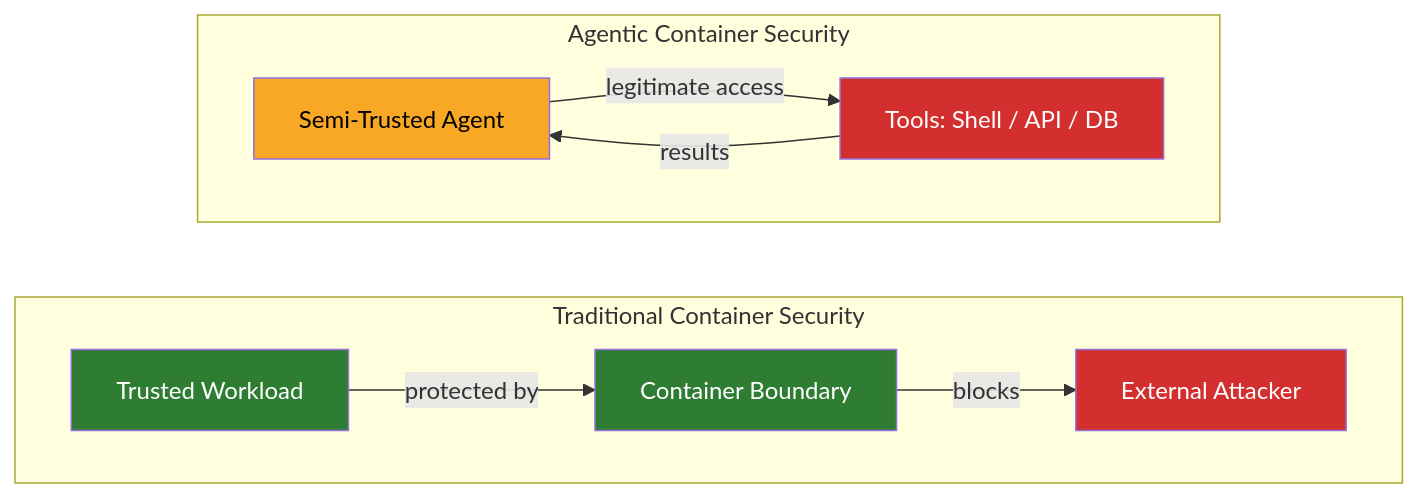
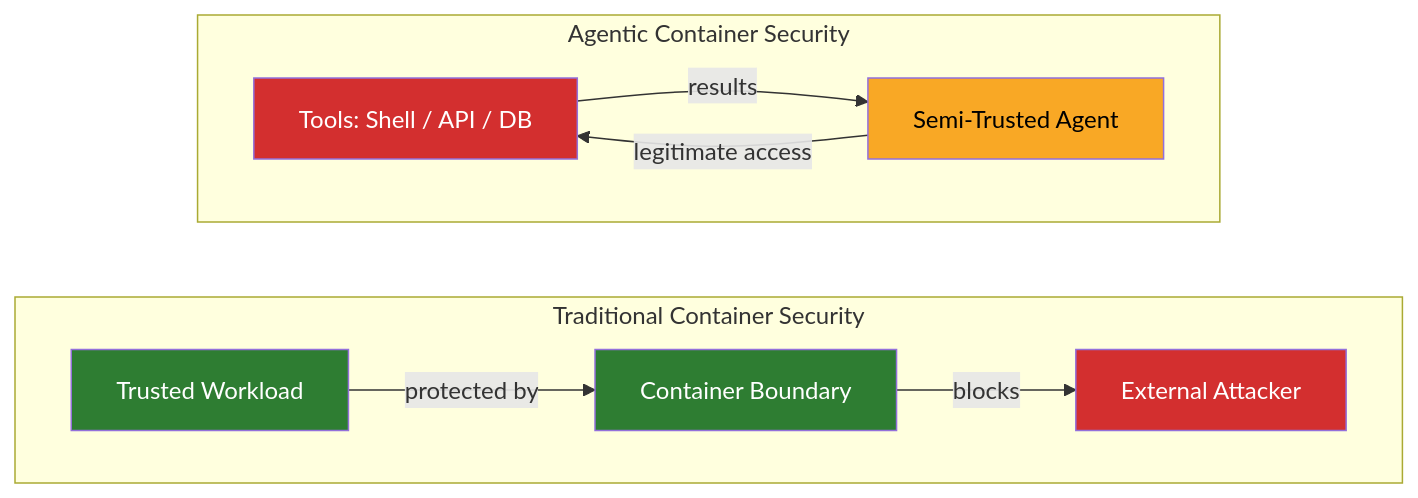
The first of 3 diagrams in security-gaps.md (bdauer/working-with-machines), drawn with Mermaid before and after one commit. The commit also changed 2 other files, not shown here.

Commit message:
Productive friction bridge, agent-patterns all prose, diagram fix
method.md: bridge sentence connecting Calibration and Friction by
invitation as two directions of the same exchange.

agent-patterns.md: all eight patterns now flow as prose. Bold
subheaders (What it looks like / Why / What to do) removed from
locality bias, temporal locality bias, sycophancy amplification,
scope completion bias. Opening sentences carry scannability.

security-gaps.md: agentic diagram edge order swapped so access
reads before results with semi-trusted agent leading.

````diff
--- a/security-gaps.md
+++ b/security-gaps.md
@@ -16,18 +16,18 @@
 ```mermaid
 flowchart LR
     subgraph Traditional["Traditional Container Security"]
         direction LR
         A3[Trusted Workload]:::safe -->|"protected by"| A2[Container Boundary]:::safe
         A2 -->|"blocks"| A1[External Attacker]:::threat
     end
 
     subgraph Agentic["Agentic Container Security"]
         direction LR
-        B1[Semi-Trusted Agent]:::warning -->|"legitimate access"| B2[Tools: Shell / API / DB]:::threat
-        B2 -->|"results"| B1
+        B2[Tools: Shell / API / DB]:::threat -->|"results"| B1[Semi-Trusted Agent]:::warning
+        B1 -->|"legitimate access"| B2
     end
 
     classDef threat fill:#d32f2f,color:#fff
     classDef safe fill:#2e7d32,color:#fff
     classDef warning fill:#f9a825,color:#000
 ```
````
